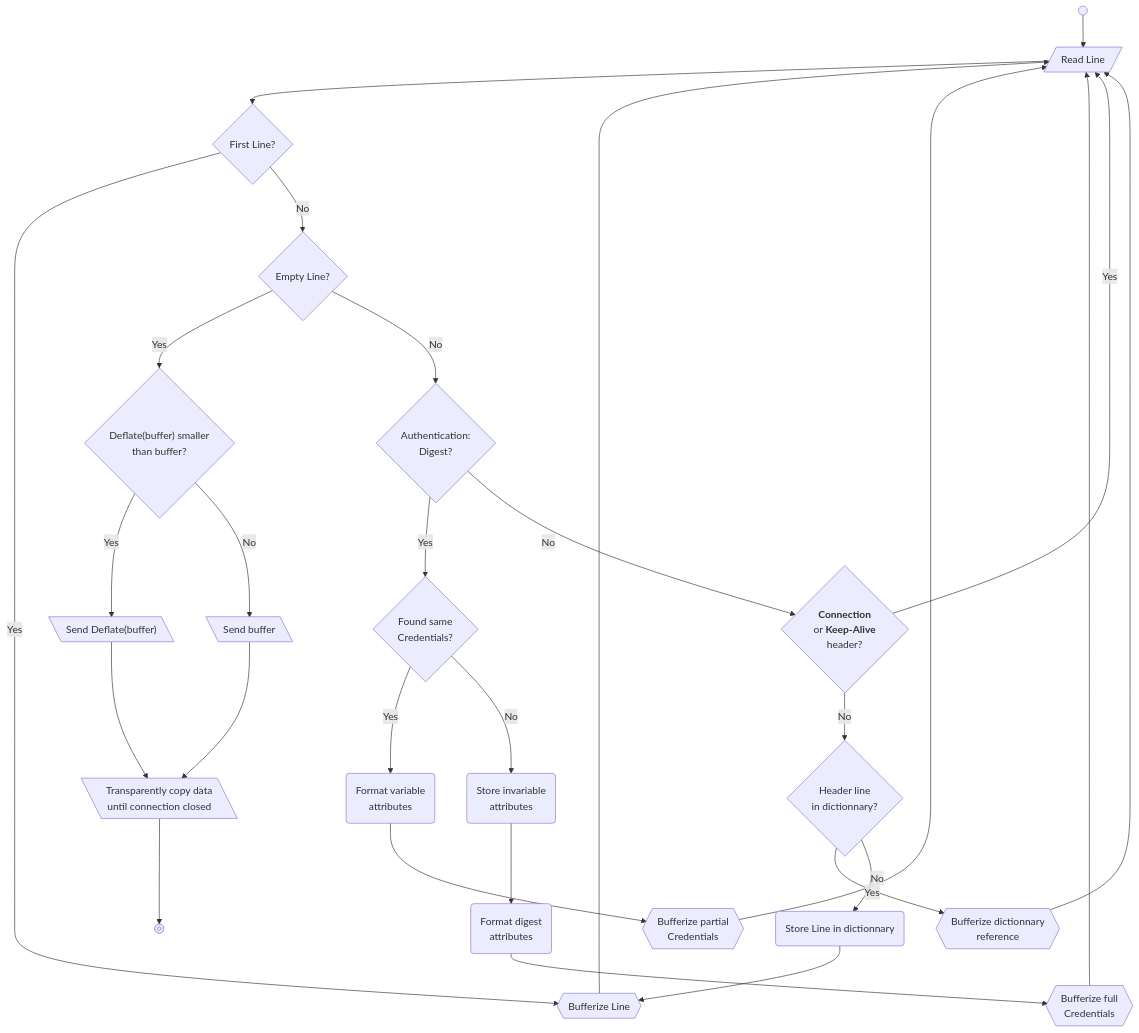
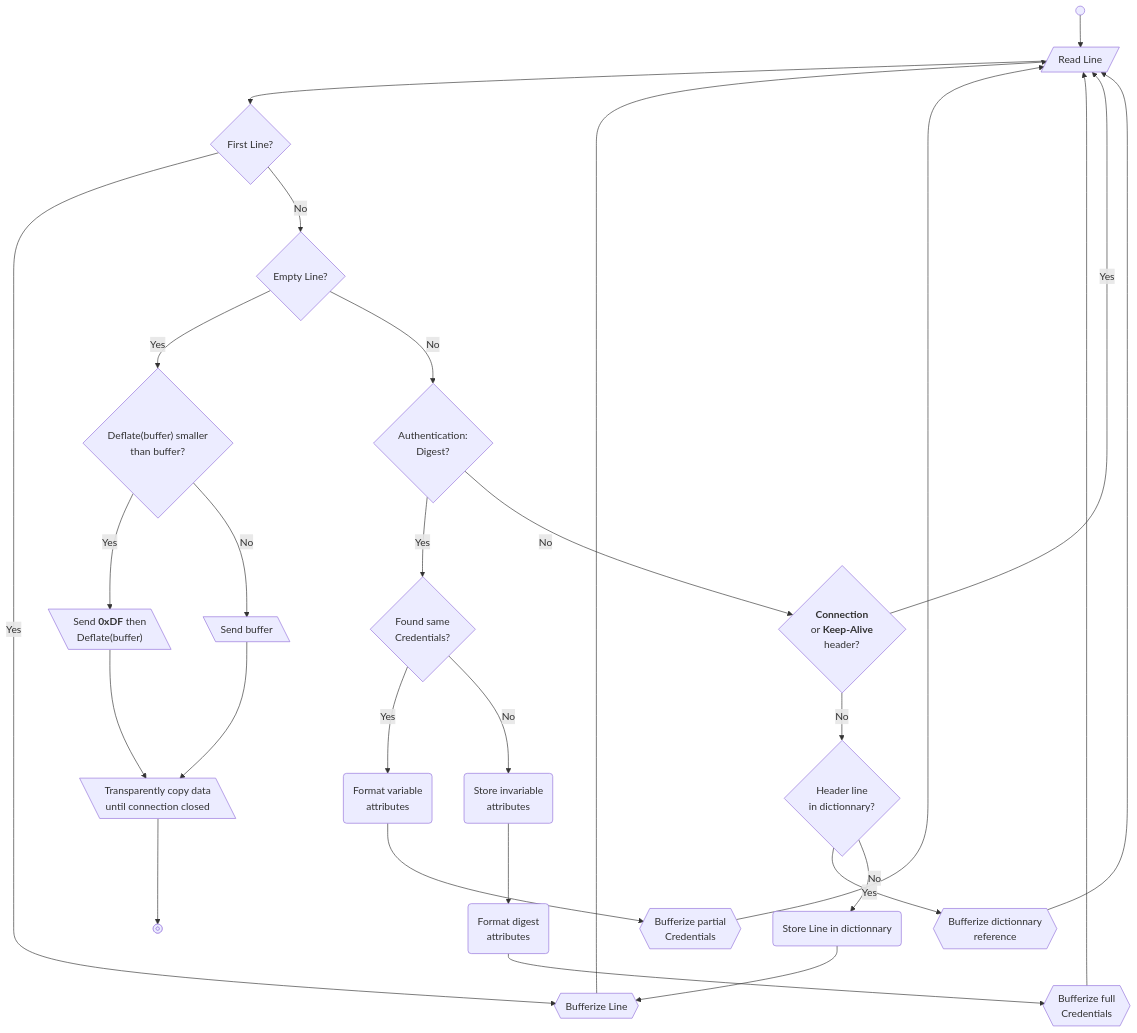
One commit to dscp46/sockspeppet changed the diagram in doc/http_hdr.md. Above: the diagram before and after it, drawn with Mermaid. The commit also changed other lines of this file, not shown here.

````diff
--- a/doc/http_hdr.md
+++ b/doc/http_hdr.md
@@ -15,57 +15,57 @@
 ```mermaid
 flowchart TD
     Init@{ shape: sm-circ, label: "Init" }
     ReadL@{ shape: lean-r, label: "Read Line" }
     DFirstLine@{ shape: diamond, label: "First Line?" }
     DEmpty@{ shape: diamond, label: "Empty Line?" }
     DAuthD@{ shape: diamond, label: "Authentication:<br />Digest?" }
     DAuthDC@{ shape: diamond, label: "Found same<br>Credentials?" }
     DProhibHdr@{ shape: diamond, label: "<b>Connection</b><br>or <b>Keep-Alive</b><br>header?"}
     DDicLine@{ shape: diamond, label: "Header line<br>in dictionnary?" }
     DDeflateBuf@{ shape: diamond, label: "Deflate(buffer) smaller<br>than buffer?" }
     Copy@{ shape: lean-l, label: "Transparently copy data<br> until connection closed" } 
     TxLine@{ shape: hex, label: "Bufferize Line" } 
     TxRef@{ shape: hex, label: "Bufferize dictionnary<br>reference" }
     TxFCred@{ shape: hex, label: "Bufferize full<br>Credentials" } 
     TxPCred@{ shape: hex, label: "Bufferize partial<br>Credentials" }
     Tx@{ shape: lean-l, label: "Send buffer" }
-    TxDeflate@{ shape: lean-l, label: "Send Deflate(buffer)" }
+    TxDeflate@{ shape: lean-l, label: "Send <b>0xDF</b> then<br>Deflate(buffer)" }
     End@{ shape: framed-circle, label: "End" }
 
     Init --> ReadL
     ReadL --> DFirstLine
     DFirstLine -->|Yes| TxLine
     DFirstLine -->|No| DEmpty
 
     DEmpty -->|Yes| DDeflateBuf
     DEmpty -->|No| DAuthD
 
     DAuthD -->|Yes| DAuthDC
     DAuthD -->|No| DProhibHdr
 
     DProhibHdr -->|Yes| ReadL
     DProhibHdr -->|No| DDicLine
 
     DAuthDC -->|Yes| FmtCred(Format variable<br>attributes)
     DAuthDC -->|No| StoreDCred(Store invariable<br>attributes)
     FmtCred --> TxPCred
     StoreDCred --> FormatDC(Format digest<br>attributes)
     FormatDC --> TxFCred
     TxFCred --> ReadL
     TxPCred --> ReadL
 
     DDicLine -->|Yes| TxRef
     DDicLine -->|No| StoreLine(Store Line in dictionnary)
 
     StoreLine --> TxLine
     TxLine --> ReadL
     
     TxRef --> ReadL
 
     DDeflateBuf -->|Yes| TxDeflate
     DDeflateBuf -->|No| Tx
 
     Tx --> Copy
     TxDeflate --> Copy
     Copy --> End
 ```
````
